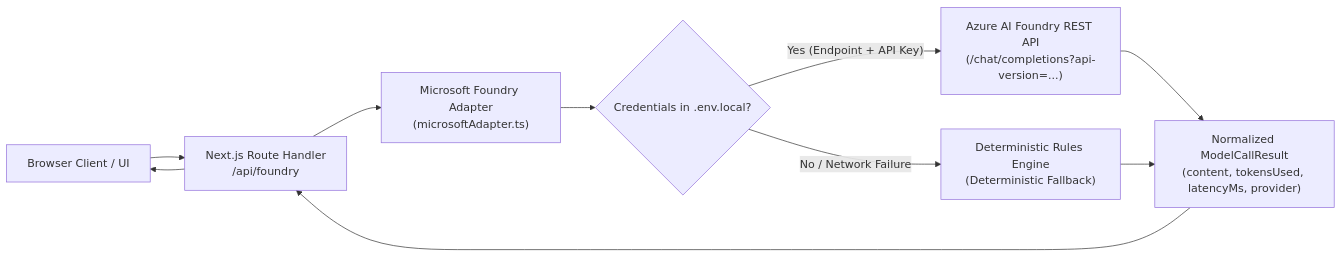
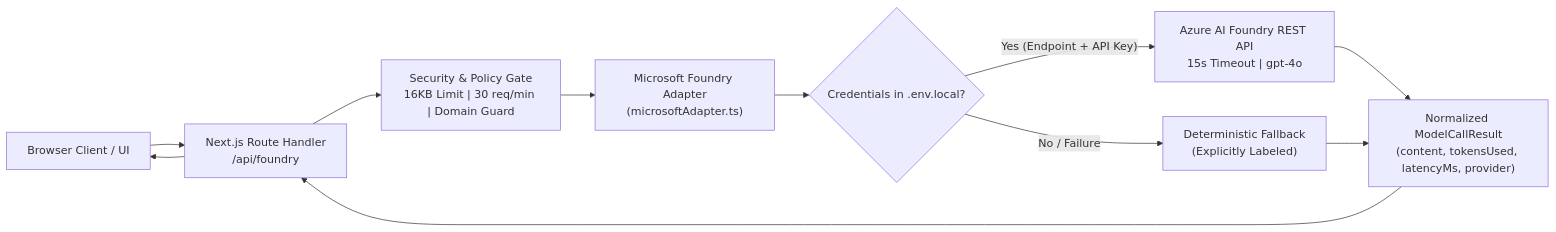
The third of 3 diagrams in docs/ARCHITECTURE.md (red-coder-27/proofline-fc), drawn with Mermaid before and after one commit. The commit also changed other lines of this file and 33 other files, not shown here.

````diff
--- a/docs/ARCHITECTURE.md
+++ b/docs/ARCHITECTURE.md
@@ -149,14 +157,15 @@
 ```mermaid
 flowchart LR
     Client["Browser Client / UI"] --> Route["Next.js Route Handler<br/>/api/foundry"]
-    Route --> Adapter["Microsoft Foundry Adapter<br/>(microsoftAdapter.ts)"]
+    Route --> Safeguards["Security & Policy Gate<br/>16KB Limit | 30 req/min | Domain Guard"]
+    Safeguards --> Adapter["Microsoft Foundry Adapter<br/>(microsoftAdapter.ts)"]
 
     Adapter --> ConfigCheck{"Credentials in .env.local?"}
-    ConfigCheck -->|"Yes (Endpoint + API Key)"| AzureCall["Azure AI Foundry REST API<br/>(/chat/completions?api-version=...)"]
-    ConfigCheck -->|"No / Network Failure"| LocalFallback["Deterministic Rules Engine<br/>(Deterministic Fallback)"]
+    ConfigCheck -->|"Yes (Endpoint + API Key)"| AzureCall["Azure AI Foundry REST API<br/>15s Timeout | gpt-4o"]
+    ConfigCheck -->|"No / Failure"| LocalFallback["Deterministic Fallback<br/>(Explicitly Labeled)"]
 
     AzureCall --> Normalized["Normalized ModelCallResult<br/>(content, tokensUsed, latencyMs, provider)"]
     LocalFallback --> Normalized
     Normalized --> Route
     Route --> Client
 ```
````
